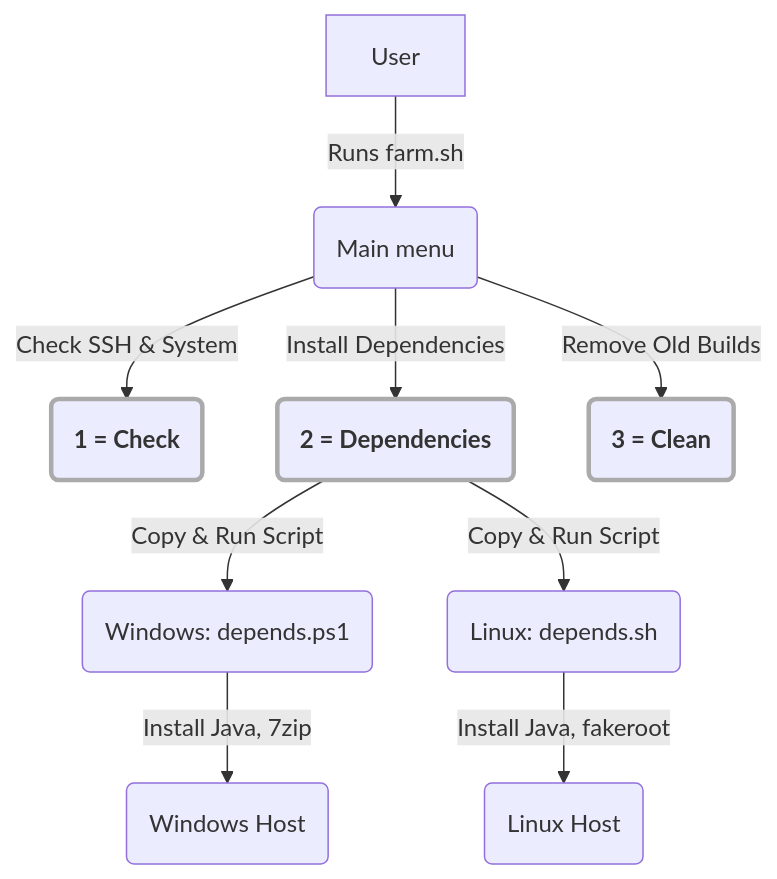
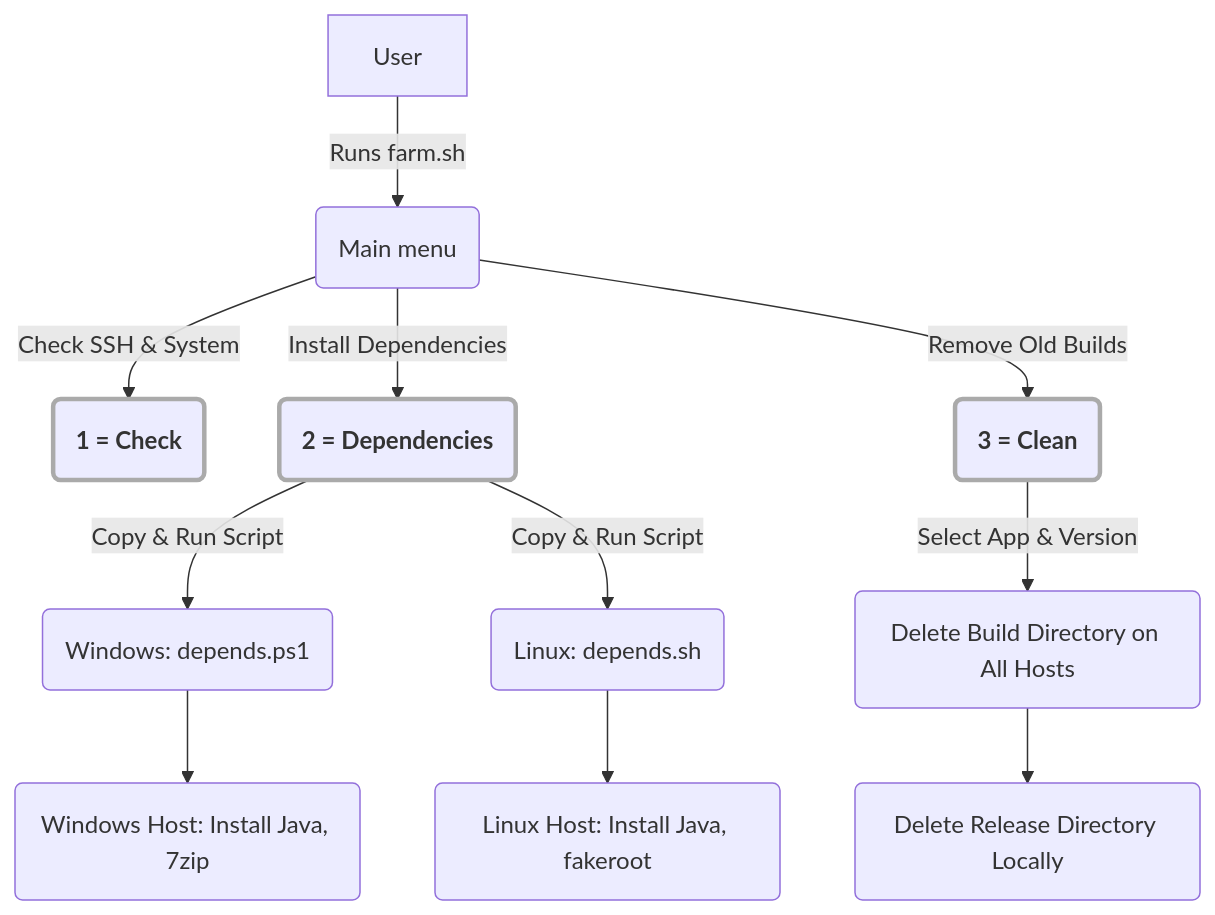
One commit to MarelisAdlatus/java-build-farm changed the first of 3 diagrams in README.md. Above: the diagram before and after it, drawn with Mermaid. The commit also changed other lines of this file, not shown here.

````diff
--- a/README.md
+++ b/README.md
@@ -131,17 +131,22 @@
 ```mermaid
 graph TD;
     A[User] -->|Runs farm.sh| B(Main menu);
 
     B -->|Check SSH & System| C1(1 = Check);
     B -->|Install Dependencies| C2(2 = Dependencies);
     B -->|Remove Old Builds| C3(3 = Clean);
 
+    %% Dependencies
     C2 -->|Copy & Run Script| D1(Windows: depends.ps1);
     C2 -->|Copy & Run Script| D2(Linux: depends.sh);
-    D1 -->|Install Java, 7zip| D3(Windows Host);
-    D2 -->|Install Java, fakeroot| D4(Linux Host);
+    D1 --> D3(Windows Host: Install Java, 7zip);
+    D2 --> D4(Linux Host: Install Java, fakeroot);
+
+    %% Clean
+    C3 -->|Select App & Version| E1(Delete Build Directory on All Hosts);
+    E1 --> E2(Delete Release Directory Locally);
 
     style C1 stroke:#aaa,stroke-width:3px,font-weight:bold;
     style C2 stroke:#aaa,stroke-width:3px,font-weight:bold;
     style C3 stroke:#aaa,stroke-width:3px,font-weight:bold;
 ```
````
